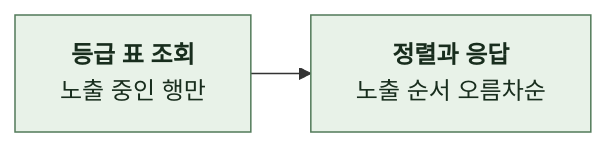
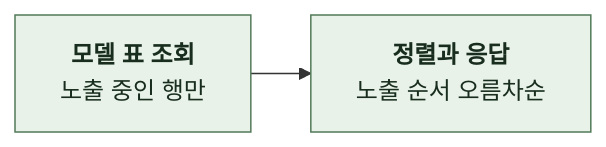
Before and after one commit to KIM-N-KANG/knk-harness: diagram 14 of 15 in docs/domain/CHAT/BACKEND/4-1-PIPELINES.md, drawn with Mermaid. The commit also changed other lines of this file and 24 other files, not shown here.

````diff
--- a/docs/domain/CHAT/BACKEND/4-1-PIPELINES.md
+++ b/docs/domain/CHAT/BACKEND/4-1-PIPELINES.md
@@ -630,9 +630,9 @@
 ```mermaid
 %%{init: {"flowchart": {"curve": "basis", "nodeSpacing": 24, "rankSpacing": 40}}}%%
 flowchart LR
-    A["`**등급 표 조회**
+    A["`**모델 표 조회**
 노출 중인 행만`"] --> B["`**정렬과 응답**
 노출 순서 오름차순`"]
     classDef comp fill:#E8F2E8,stroke:#527A59,color:#182D1D
     class A,B comp
 ```
````
